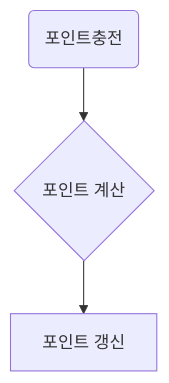
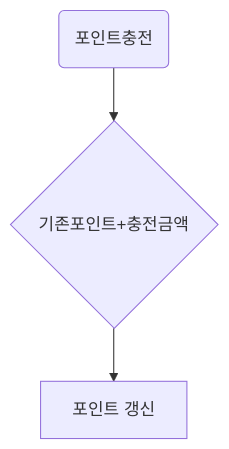
Before and after one commit to kabalport/ecommerce: the third of 4 diagrams in ReadMe.md, drawn with Mermaid. The commit also changed other lines of this file, not shown here.

Commit message:
포인트 조회api

````diff
--- a/ReadMe.md
+++ b/ReadMe.md
@@ -34,5 +34,5 @@
 ```mermaid
 flowchart TD
-    포인트충전(포인트충전) --> 포인트계산{"포인트 계산"}
-    포인트계산 --> 포인트갱신[포인트 갱신]
+    포인트충전(포인트충전) --> 기존포인트+충전금액{"기존포인트+충전금액"}
+    기존포인트+충전금액 --> 포인트갱신[포인트 갱신]
 ```
````
